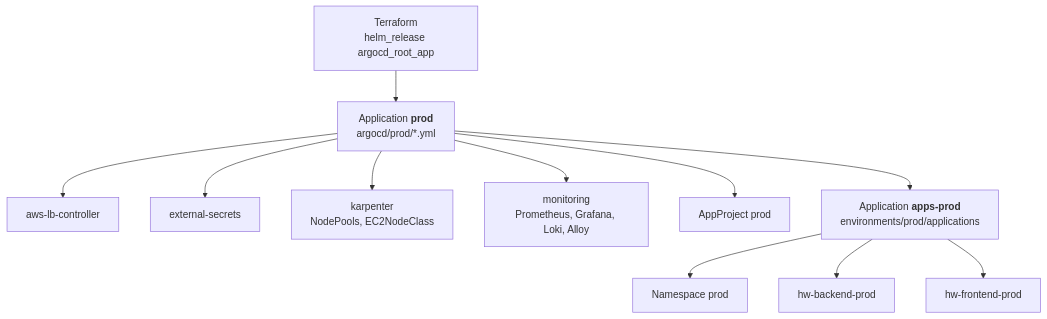
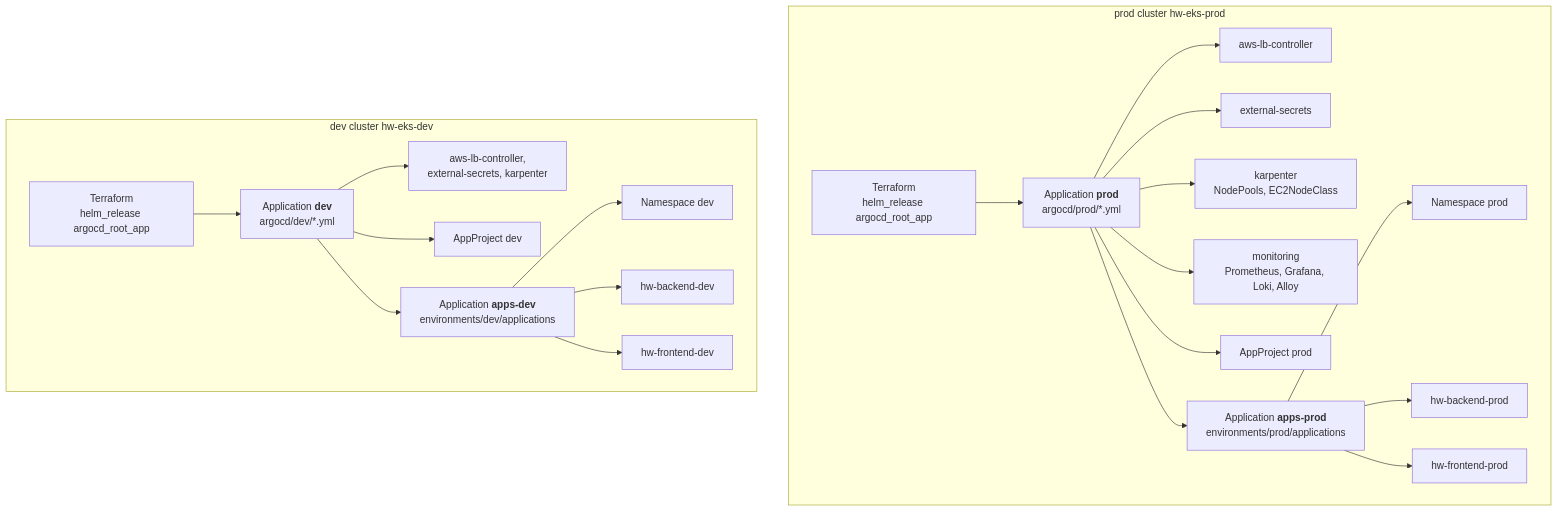
The diagram in README.md (jelicki-jovan/k8s-envs), drawn with Mermaid before and after one commit. The commit also changed other lines of this file, not shown here.

Commit message:
Update readme following dev changes

````diff
--- a/README.md
+++ b/README.md
@@ -18,13 +21,24 @@
 ```mermaid
 flowchart TD
-  tf[Terraform<br/>helm_release argocd_root_app] --> root[Application <b>prod</b><br/>argocd/prod/*.yml]
-  root --> lbc[aws-lb-controller]
-  root --> eso[external-secrets]
-  root --> karp[karpenter<br/>NodePools, EC2NodeClass]
-  root --> mon[monitoring<br/>Prometheus, Grafana, Loki, Alloy]
-  root --> proj[AppProject prod]
-  root --> apps[Application <b>apps-prod</b><br/>environments/prod/applications]
-  apps --> ns[Namespace prod]
-  apps --> be[hw-backend-prod]
-  apps --> fe[hw-frontend-prod]
+  subgraph prodc[prod cluster hw-eks-prod]
+    tf[Terraform<br/>helm_release argocd_root_app] --> root[Application <b>prod</b><br/>argocd/prod/*.yml]
+    root --> lbc[aws-lb-controller]
+    root --> eso[external-secrets]
+    root --> karp[karpenter<br/>NodePools, EC2NodeClass]
+    root --> mon[monitoring<br/>Prometheus, Grafana, Loki, Alloy]
+    root --> proj[AppProject prod]
+    root --> apps[Application <b>apps-prod</b><br/>environments/prod/applications]
+    apps --> ns[Namespace prod]
+    apps --> be[hw-backend-prod]
+    apps --> fe[hw-frontend-prod]
+  end
+  subgraph devc[dev cluster hw-eks-dev]
+    tfd[Terraform<br/>helm_release argocd_root_app] --> rootd[Application <b>dev</b><br/>argocd/dev/*.yml]
+    rootd --> platd[aws-lb-controller,<br/>external-secrets, karpenter]
+    rootd --> projd[AppProject dev]
+    rootd --> appsd[Application <b>apps-dev</b><br/>environments/dev/applications]
+    appsd --> nsd[Namespace dev]
+    appsd --> bed[hw-backend-dev]
+    appsd --> fed[hw-frontend-dev]
+  end
 ```
````
